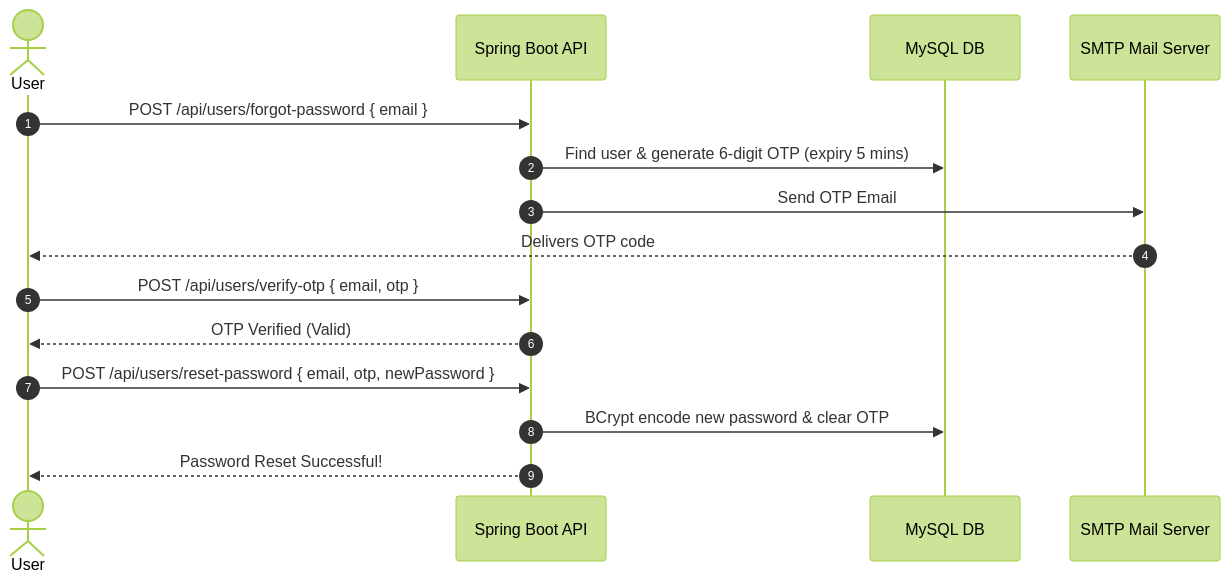
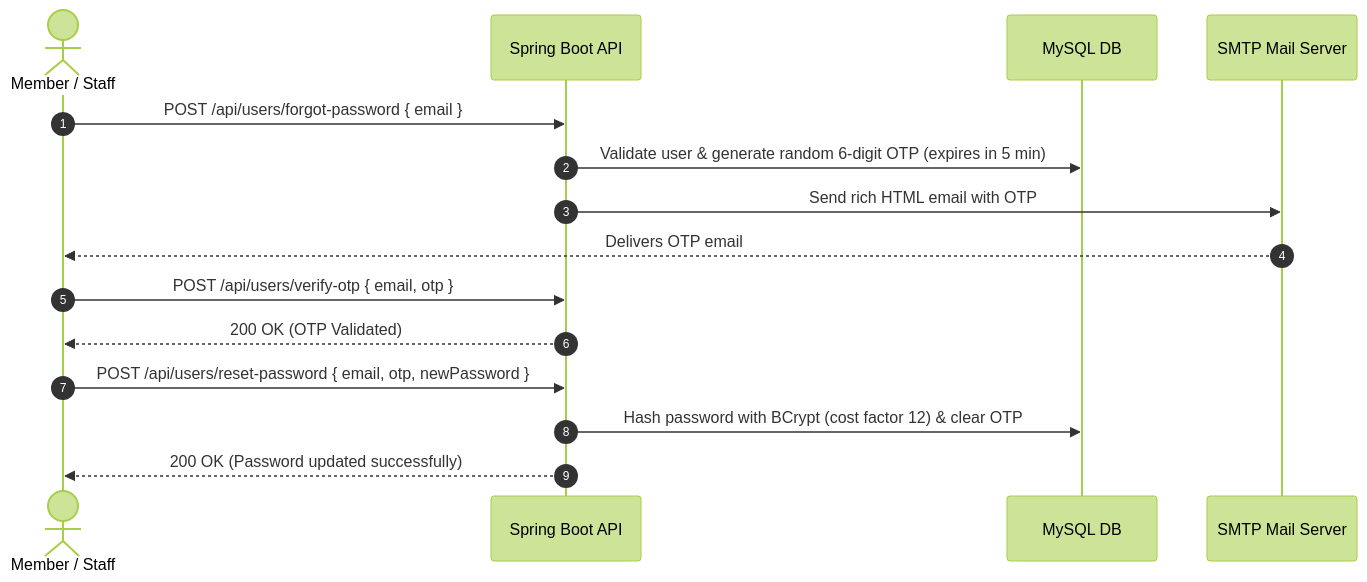
Before and after one commit to chathunga2007/ITS1114-Flex-Gym-Web-App-2nd-Sem-Final-Project-Backend: the third of 4 diagrams in README.md, drawn with Mermaid (forest theme). The commit also changed other lines of this file, not shown here.

````diff
--- a/README.md
+++ b/README.md
@@ -248,18 +179,18 @@
 ```mermaid
 sequenceDiagram
     autonumber
-    actor User
-    participant Backend as Spring Boot API
+    actor User as Member / Staff
+    participant API as Spring Boot API
     participant DB as MySQL DB
     participant Mail as SMTP Mail Server
 
-    User->>Backend: POST /api/users/forgot-password { email }
-    Backend->>DB: Find user & generate 6-digit OTP (expiry 5 mins)
-    Backend->>Mail: Send OTP Email
-    Mail-->>User: Delivers OTP code
-    User->>Backend: POST /api/users/verify-otp { email, otp }
-    Backend-->>User: OTP Verified (Valid)
-    User->>Backend: POST /api/users/reset-password { email, otp, newPassword }
-    Backend->>DB: BCrypt encode new password & clear OTP
-    Backend-->>User: Password Reset Successful!
+    User->>API: POST /api/users/forgot-password { email }
+    API->>DB: Validate user & generate random 6-digit OTP (expires in 5 min)
+    API->>Mail: Send rich HTML email with OTP
+    Mail-->>User: Delivers OTP email
+    User->>API: POST /api/users/verify-otp { email, otp }
+    API-->>User: 200 OK (OTP Validated)
+    User->>API: POST /api/users/reset-password { email, otp, newPassword }
+    API->>DB: Hash password with BCrypt (cost factor 12) & clear OTP
+    API-->>User: 200 OK (Password updated successfully)
 ```
````
